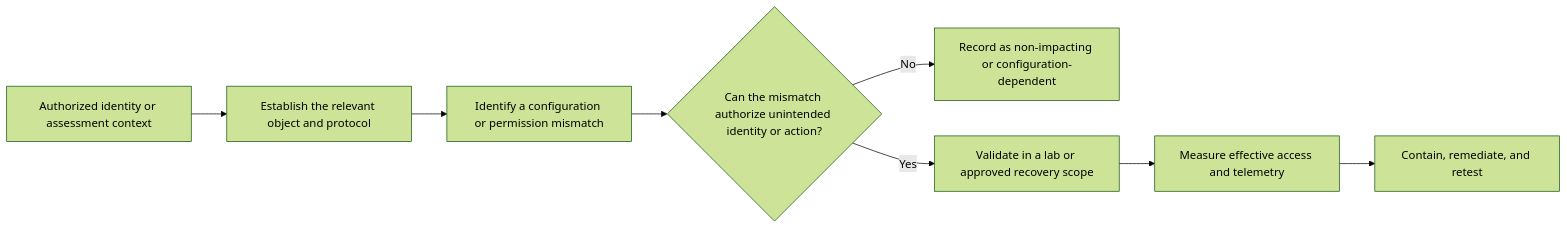
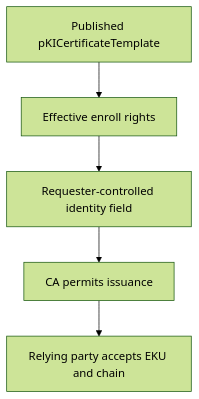
The diagram in docs/techniques/adcs_esc1.md (alham-rizvi/FindMyAttackPath), drawn with Mermaid (forest theme) before and after one commit. The commit also changed other lines of this file and 2 other files, not shown here.

````diff
--- a/docs/techniques/adcs_esc1.md
+++ b/docs/techniques/adcs_esc1.md
@@ -47,10 +27,7 @@
 ```mermaid
-flowchart LR
-  A[Authorized identity or assessment context] --> B[Establish the relevant object and protocol]
-  B --> C[Identify a configuration or permission mismatch]
-  C --> D{Can the mismatch authorize unintended identity or action?}
-  D -->|No| E[Record as non-impacting or configuration-dependent]
-  D -->|Yes| F[Validate in a lab or approved recovery scope]
-  F --> G[Measure effective access and telemetry]
-  G --> H[Contain, remediate, and retest]
+flowchart TD
+  A[Published pKICertificateTemplate] --> B[Effective enroll rights]
+  B --> C[Requester-controlled identity field]
+  C --> D[CA permits issuance]
+  D --> E[Relying party accepts EKU and chain]
 ```
````
